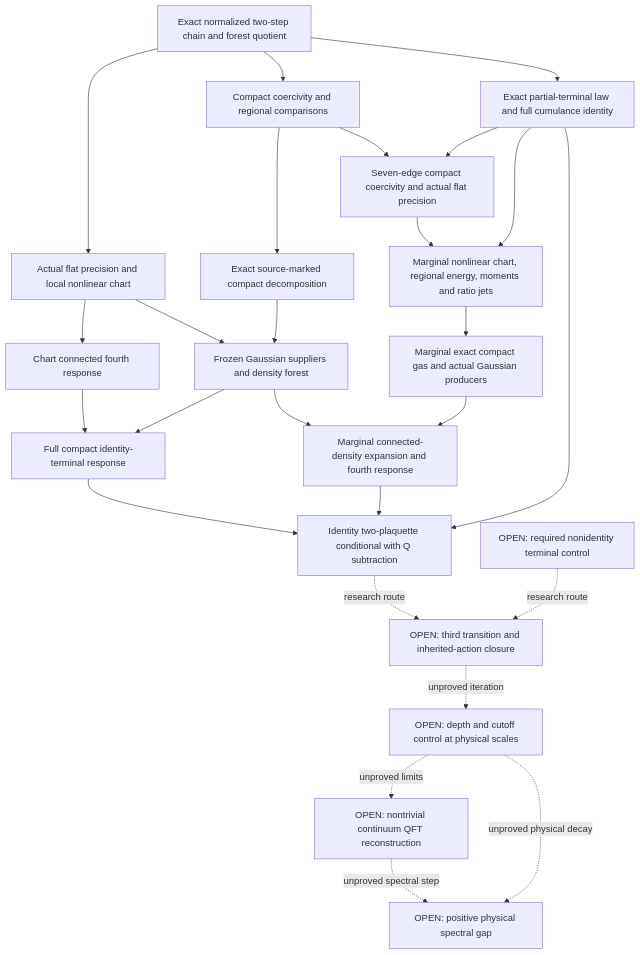
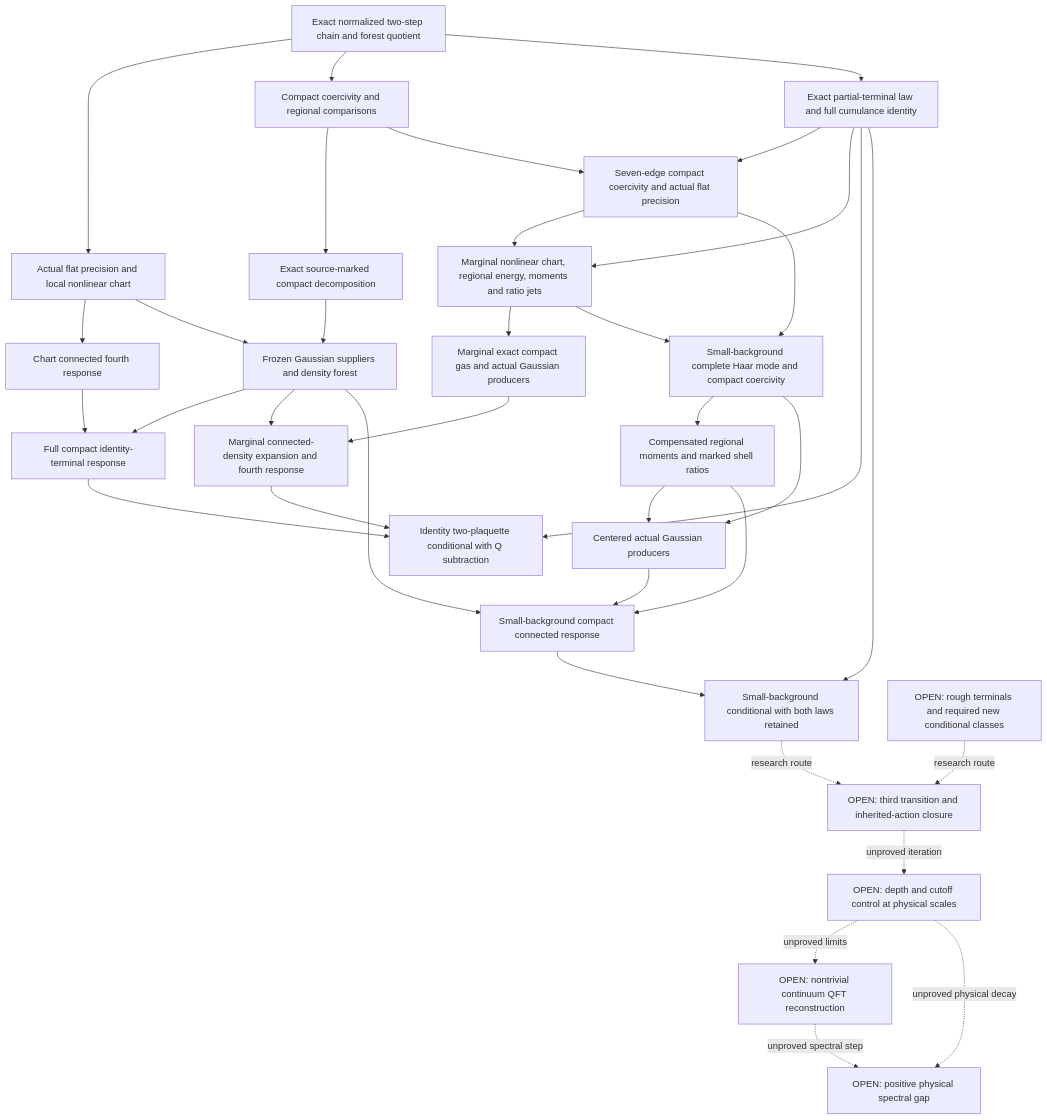
The diagram in .claude/science/physics-loops/su2-gauge-aligned-response-20261108/PROOF_TREE.md (jonathonreilly/qubit-lattice-axiom-framework), drawn with Mermaid before and after one commit. The commit also changed other lines of this file and 26 other files, not shown here.

Commit message:
Extend SU2 marginal compact control to small terminal backgrounds

````diff
--- a/.claude/science/physics-loops/su2-gauge-aligned-response-20261108/PROOF_TREE.md
+++ b/.claude/science/physics-loops/su2-gauge-aligned-response-20261108/PROOF_TREE.md
@@ -25,46 +27,61 @@
 ```mermaid
 flowchart TD
   E[Exact normalized two-step chain and forest quotient]
   H[Actual flat precision and local nonlinear chart]
   C[Chart connected fourth response]
   R[Compact coercivity and regional comparisons]
   P[Exact source-marked compact decomposition]
   G[Frozen Gaussian suppliers and density forest]
   B[Full compact identity-terminal response]
   Q[Exact partial-terminal law and full cumulance identity]
   K[Seven-edge compact coercivity and actual flat precision]
   U[Marginal nonlinear chart, regional energy, moments and ratio jets]
   Pj[Marginal exact compact gas and actual Gaussian producers]
   Dj[Marginal connected-density expansion and fourth response]
   D[Identity two-plaquette conditional with Q subtraction]
-  V[OPEN: required nonidentity terminal control]
+  Vm[Small-background complete Haar mode and compact coercivity]
+  Vr[Compensated regional moments and marked shell ratios]
+  Vg[Centered actual Gaussian producers]
+  Vc[Small-background compact connected response]
+  Dv[Small-background conditional with both laws retained]
+  V[OPEN: rough terminals and required new conditional classes]
   T[OPEN: third transition and inherited-action closure]
   S[OPEN: depth and cutoff control at physical scales]
   X[OPEN: nontrivial continuum QFT reconstruction]
   M[OPEN: positive physical spectral gap]
   E --> H
   H --> C
   E --> R
   R --> P
   H --> G
   P --> G
   C --> B
   G --> B
   E --> Q
   R --> K
   Q --> K
   K --> U
   Q --> U
   U --> Pj
   Pj --> Dj
   G --> Dj
   B --> D
   Q --> D
   Dj --> D
-  D -. research route .-> T
+  K --> Vm
+  U --> Vm
+  Vm --> Vr
+  Vm --> Vg
+  Vr --> Vg
+  Vr --> Vc
+  Vg --> Vc
+  G --> Vc
+  Q --> Dv
+  Vc --> Dv
+  Dv -. research route .-> T
   V -. research route .-> T
   T -. unproved iteration .-> S
   S -. unproved limits .-> X
   X -. unproved spectral step .-> M
   S -. unproved physical decay .-> M
 ```
````
